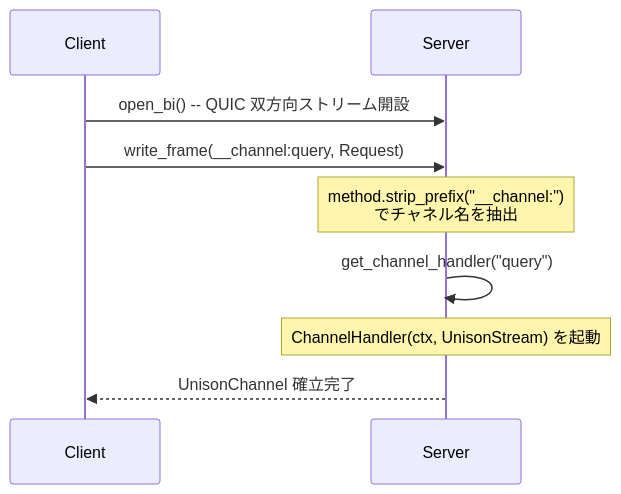
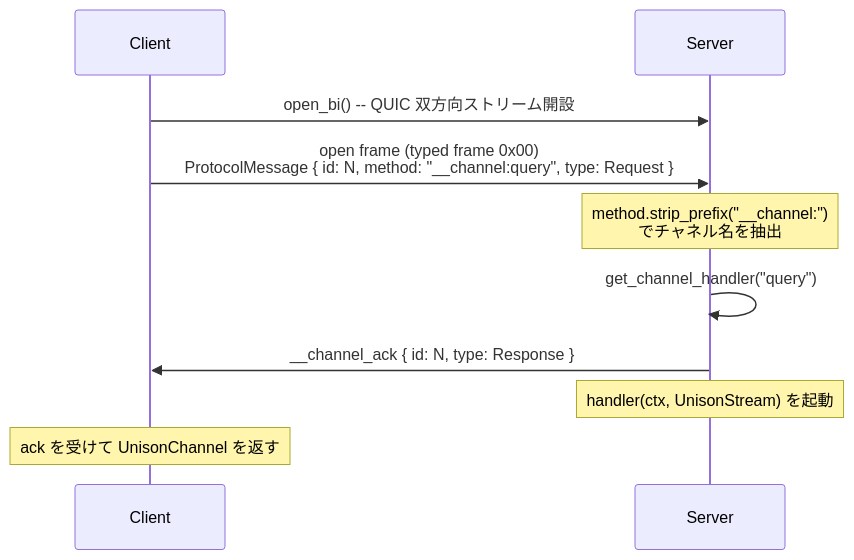
One commit to chronista-club/club-unison changed the fifth of 8 diagrams in spec/01-core-concept/SPEC.md. Above: the diagram before and after it, drawn with Mermaid. The commit also changed other lines of this file and 24 other files, not shown here.

````diff
--- a/spec/01-core-concept/SPEC.md
+++ b/spec/01-core-concept/SPEC.md
@@ -164,12 +166,13 @@
 ```mermaid
 sequenceDiagram
     participant C as Client
     participant S as Server
 
     C->>S: open_bi() -- QUIC 双方向ストリーム開設
-    C->>S: write_frame(__channel:query, Request)
+    C->>S: open frame (typed frame 0x00)<br/>ProtocolMessage { id: N, method: "__channel:query", type: Request }
     Note over S: method.strip_prefix("__channel:")<br/>でチャネル名を抽出
     S->>S: get_channel_handler("query")
-    Note over S: ChannelHandler(ctx, UnisonStream) を起動
-    S-->>C: UnisonChannel 確立完了
+    S->>C: __channel_ack { id: N, type: Response }
+    Note over S: handler(ctx, UnisonStream) を起動
+    Note over C: ack を受けて UnisonChannel を返す
 ```
````
